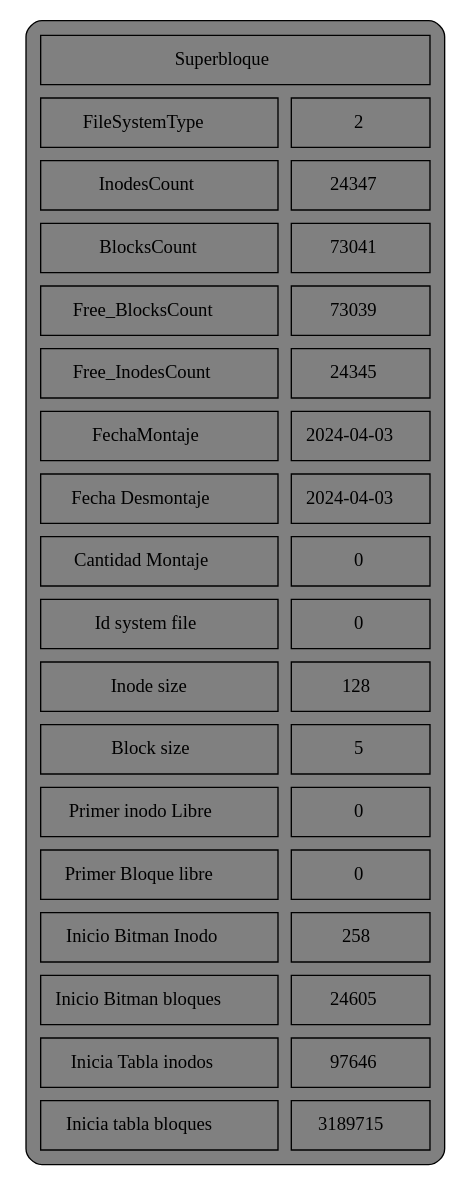
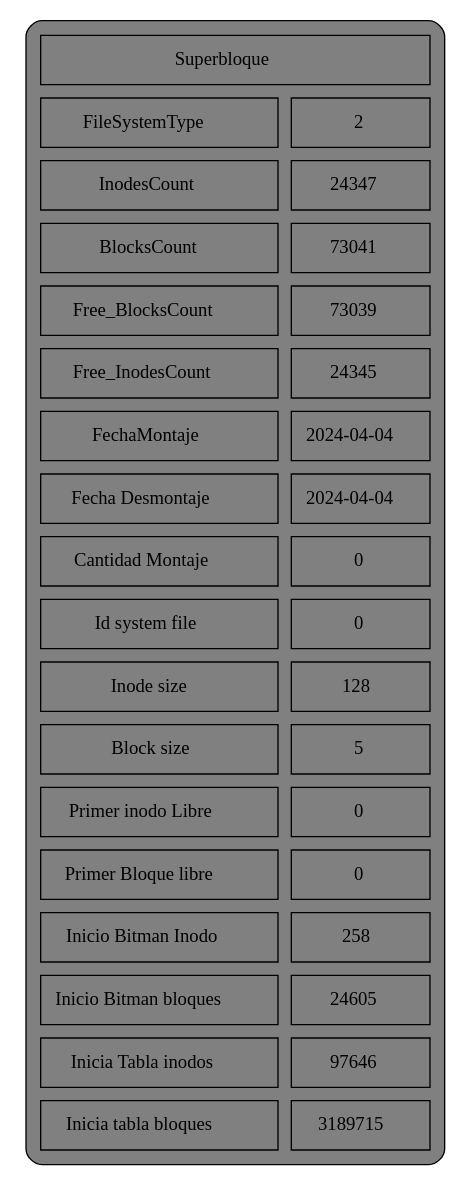
One commit to Jhonsagui81/MIA_P2_20210603 changed the diagram in reports/reporte1_sb.dot. Above: the diagram before and after it, drawn with Graphviz. The commit also changed 16 other files, not shown here.

```diff
--- a/reports/reporte1_sb.dot
+++ b/reports/reporte1_sb.dot
@@ -1,76 +1,76 @@
 digraph G {
 	a0 [shape=none label=<
 	<TABLE cellspacing="10" cellpadding="10" style="rounded" bgcolor="gray">
 		<tr>
 			<td colspan="2">Superbloque</td>
 		</tr>
 		<tr>
 			<td>FileSystemType</td>
 			<td>2</td>
 		</tr>
 		<tr>
 			<td>InodesCount</td>
 			<td>24347</td>
 		</tr>
 		<tr>
 			<td>BlocksCount</td>
 			<td>73041</td>
 		</tr>
 		<tr>
 			<td>Free_BlocksCount</td>
 			<td>73039</td>
 		</tr>
 		<tr>
 			<td>Free_InodesCount</td>
 			<td>24345</td>
 		</tr>
 		<tr>
 			<td>FechaMontaje</td>
-			<td>2024-04-03</td>
+			<td>2024-04-04</td>
 		</tr>
 		<tr>
 			<td>Fecha Desmontaje</td>
-			<td>2024-04-03</td>
+			<td>2024-04-04</td>
 		</tr>
 		<tr>
 			<td>Cantidad Montaje</td>
 			<td>0</td>
 		</tr>
 		<tr>
 			<td>Id system file</td>
 			<td>0</td>
 		</tr>
 		<tr>
 			<td>Inode size</td>
 			<td>128</td>
 		</tr>
 		<tr>
 			<td>Block size</td>
 			<td>5</td>
 		</tr>
 		<tr>
 			<td>Primer inodo Libre</td>
 			<td>0</td>
 		</tr>
 		<tr>
 			<td>Primer Bloque libre</td>
 			<td>0</td>
 		</tr>
 		<tr>
 			<td>Inicio Bitman Inodo</td>
 			<td>258</td>
 		</tr>
 		<tr>
 			<td>Inicio Bitman bloques</td>
 			<td>24605</td>
 		</tr>
 		<tr>
 			<td>Inicia Tabla inodos</td>
 			<td>97646</td>
 		</tr>
 		<tr>
 			<td>Inicia tabla bloques</td>
 			<td>3189715</td>
 		</tr>
 </TABLE>>];
 }
```
